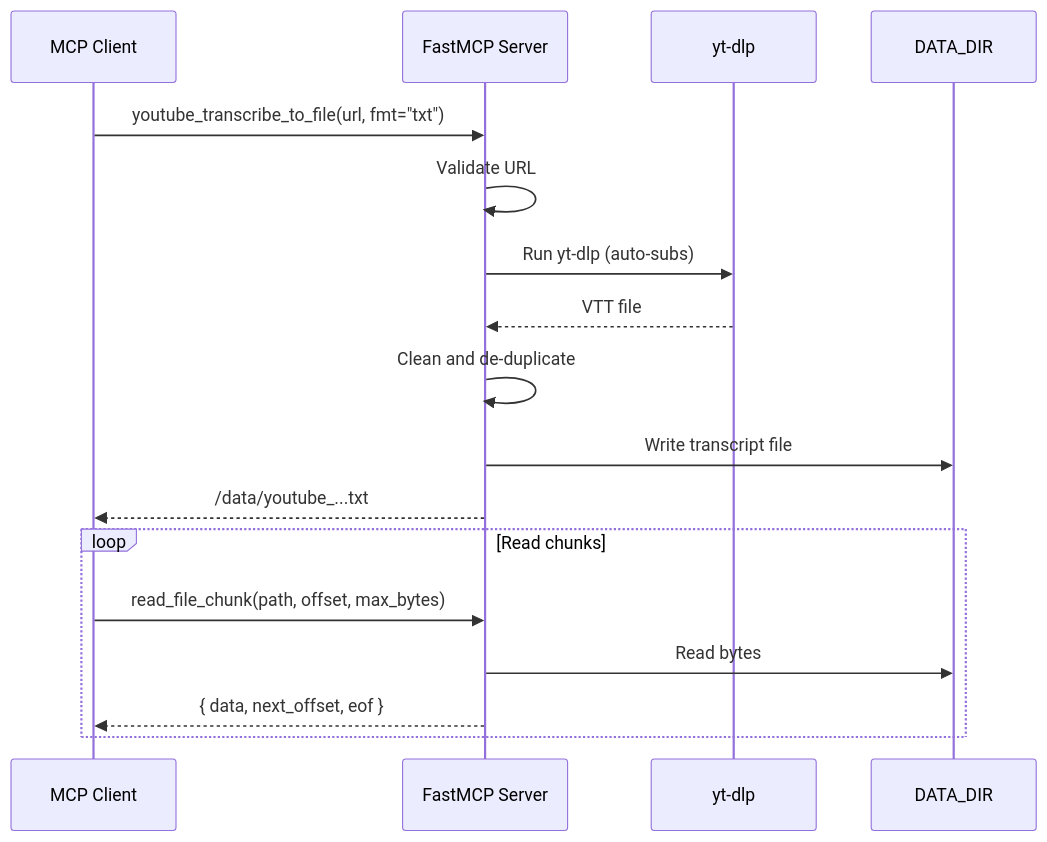
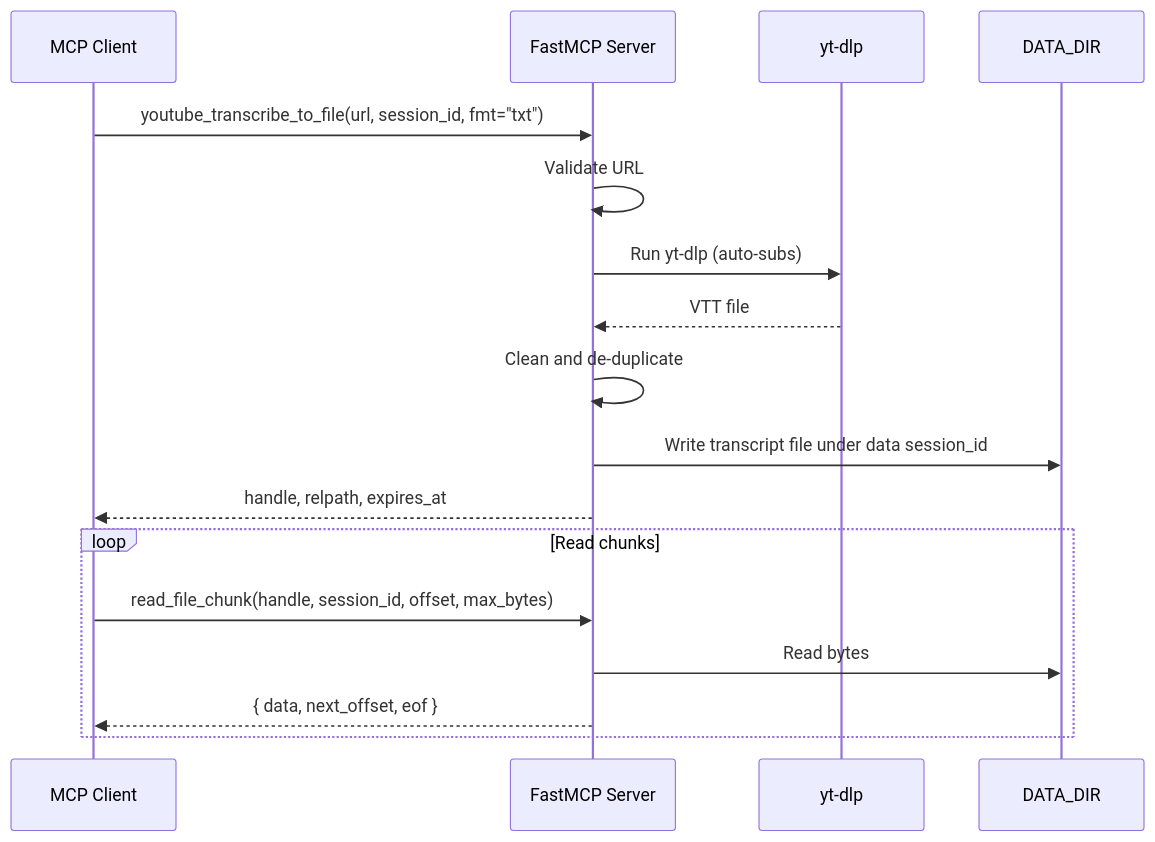
One commit to rroos64/youtube_transcribe_mcp_server changed the third of 3 diagrams in README.md. Above: the diagram before and after it, drawn with Mermaid. The commit also changed other lines of this file and 1 other file, not shown here.

First line of the commit message:
feat: add session-scoped handles with TTL retention

````diff
--- a/README.md
+++ b/README.md
@@ -482,21 +550,21 @@
 ```mermaid
 sequenceDiagram
   participant C as MCP Client
   participant S as FastMCP Server
   participant Y as yt-dlp
   participant FS as DATA_DIR
 
-  C->>S: youtube_transcribe_to_file(url, fmt="txt")
+  C->>S: youtube_transcribe_to_file(url, session_id, fmt="txt")
   S->>S: Validate URL
   S->>Y: Run yt-dlp (auto-subs)
   Y-->>S: VTT file
   S->>S: Clean and de-duplicate
-  S->>FS: Write transcript file
-  S-->>C: /data/youtube_...txt
+  S->>FS: Write transcript file under data session_id
+  S-->>C: handle, relpath, expires_at
 
   loop Read chunks
-    C->>S: read_file_chunk(path, offset, max_bytes)
+    C->>S: read_file_chunk(handle, session_id, offset, max_bytes)
     S->>FS: Read bytes
     S-->>C: { data, next_offset, eof }
   end
 ```
````
